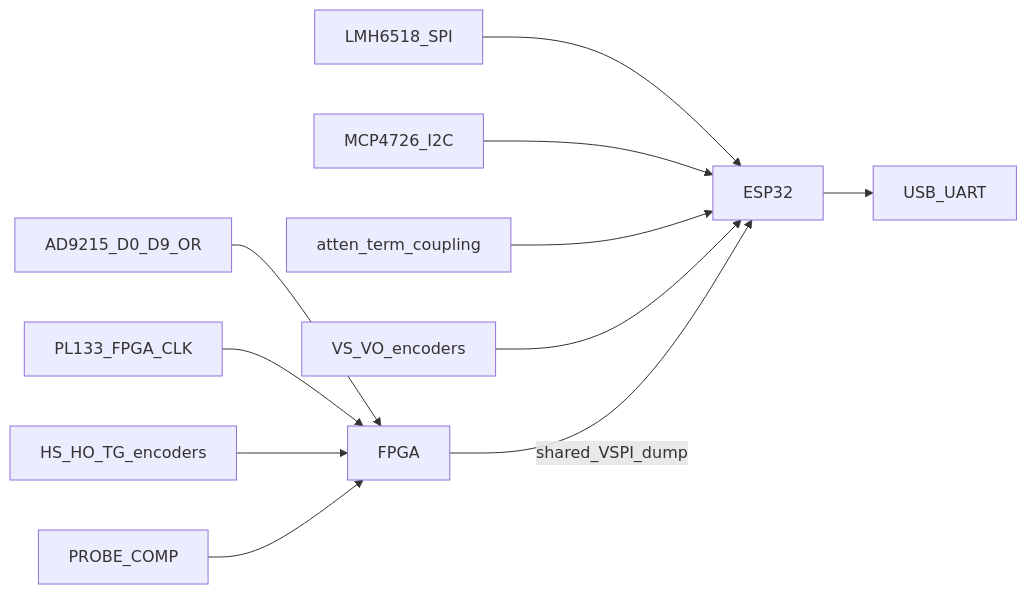
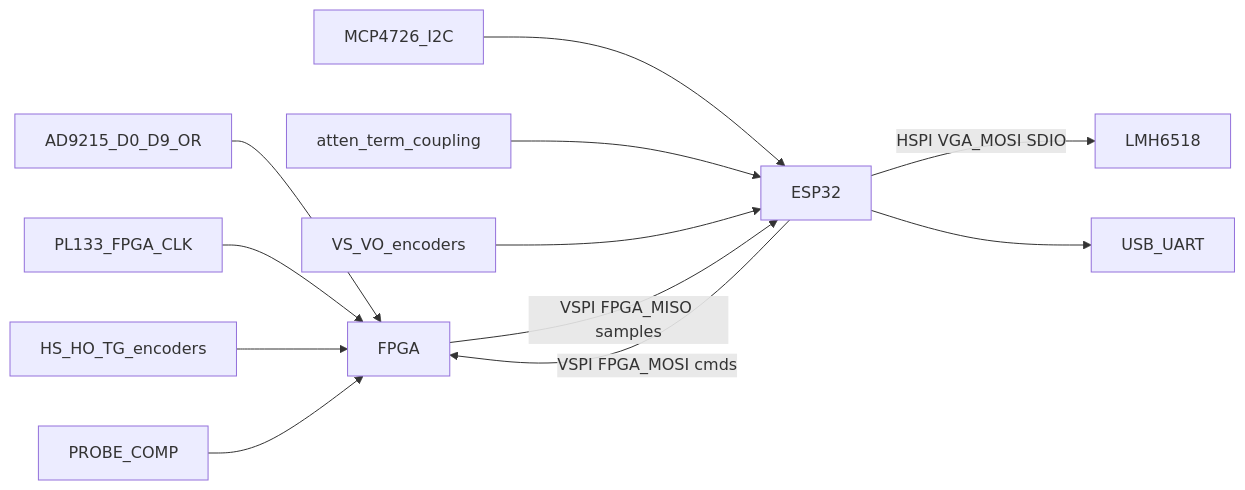
One commit to AveryLor/oscilloscope-dev changed the diagram in README.md. Above: the diagram before and after it, drawn with Mermaid. The commit also changed other lines of this file, not shown here.

````diff
--- a/README.md
+++ b/README.md
@@ -14,13 +14,14 @@
 ```mermaid
 flowchart LR
   ADC[AD9215_D0_D9_OR] --> FPGA
   Clk[PL133_FPGA_CLK] --> FPGA
   EncH[HS_HO_TG_encoders] --> FPGA
   Probe[PROBE_COMP] --> FPGA
-  VGA[LMH6518_SPI] --> ESP32
+  ESP32 -->|"HSPI VGA_MOSI SDIO"| VGA[LMH6518]
   Dac[MCP4726_I2C] --> ESP32
   Relays[atten_term_coupling] --> ESP32
   EncV[VS_VO_encoders] --> ESP32
-  FPGA -->|shared_VSPI_dump| ESP32
+  ESP32 -->|"VSPI FPGA_MOSI cmds"| FPGA
+  FPGA -->|"VSPI FPGA_MISO samples"| ESP32
   ESP32 --> PC[USB_UART]
 ```
````
